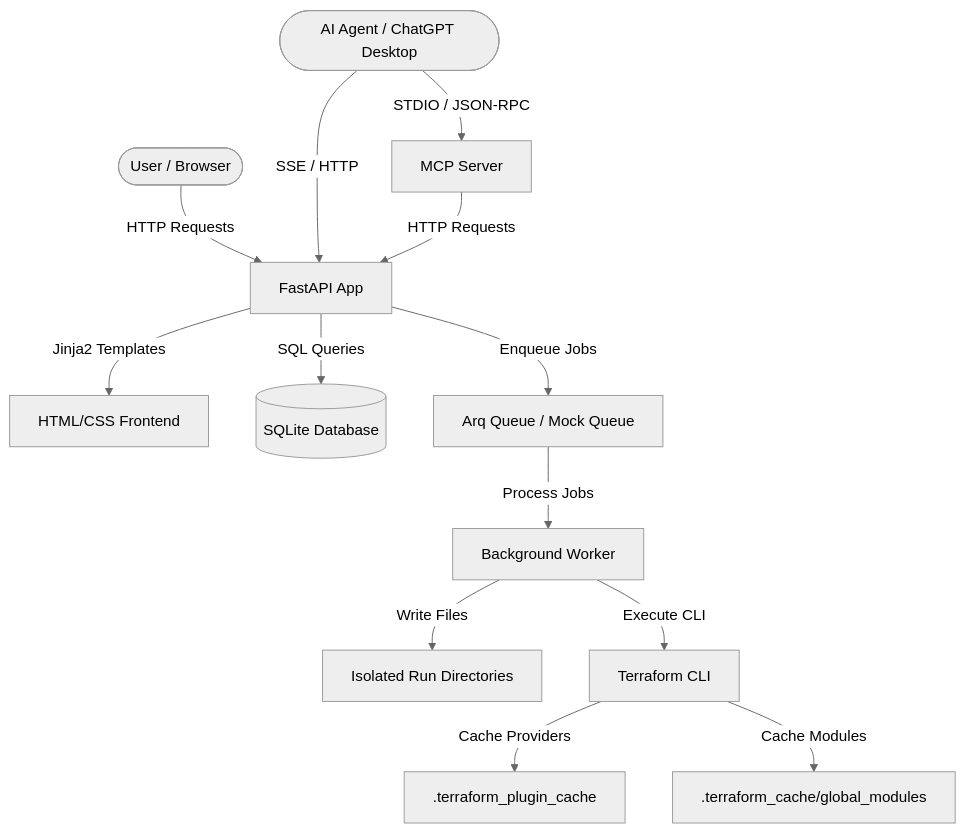
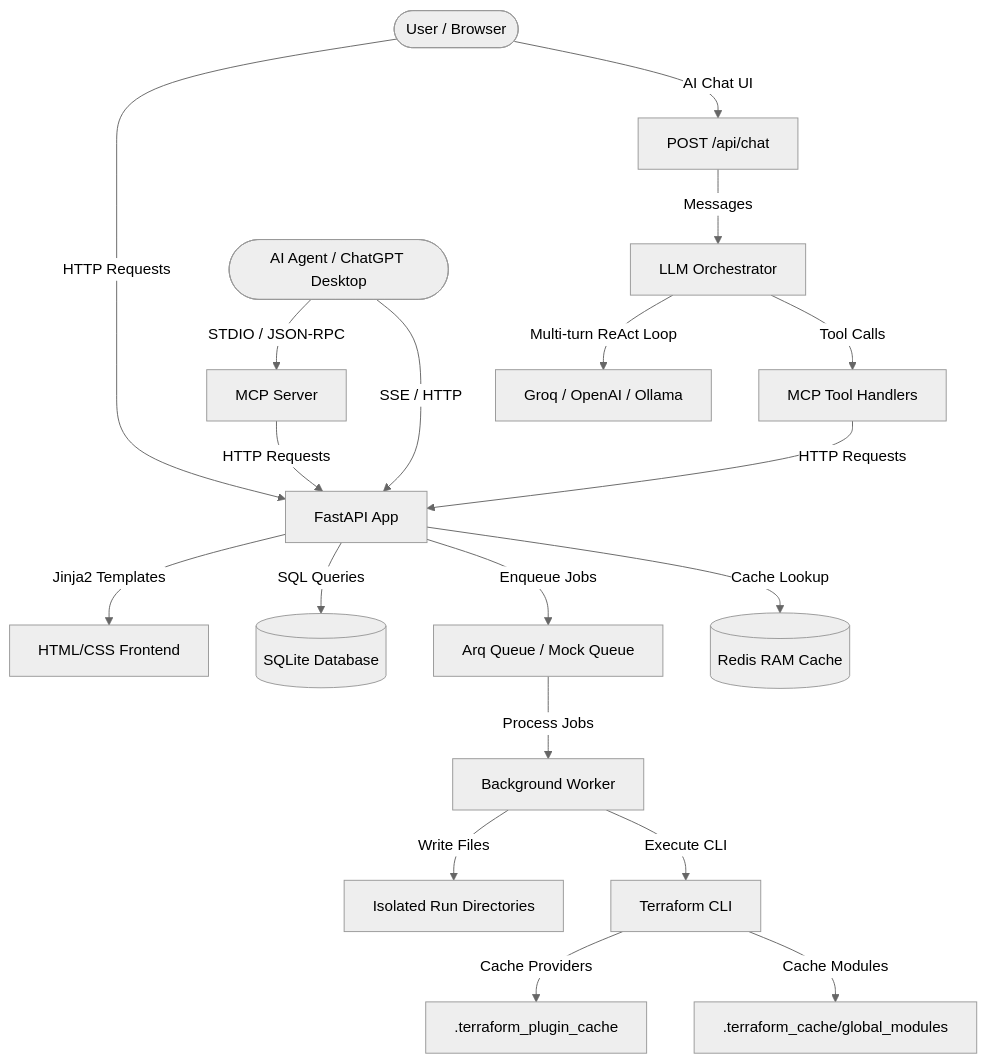
One commit to asadongit/tf-multicloud-app changed the diagram in docs/architecture.md. Above: the diagram before and after it, drawn with Mermaid (neutral theme). The commit also changed other lines of this file and 30 other files, not shown here.

````diff
--- a/docs/architecture.md
+++ b/docs/architecture.md
@@ -19,15 +22,21 @@
 ```mermaid
 graph TD
     User([User / Browser]) -->|HTTP Requests| FastAPI[FastAPI App]
+    User -->|AI Chat UI| ChatEndpoint[POST /api/chat]
+    ChatEndpoint -->|Messages| LLMOrchestrator[LLM Orchestrator]
+    LLMOrchestrator -->|Multi-turn ReAct Loop| LLMProvider[Groq / OpenAI / Ollama]
+    LLMOrchestrator -->|Tool Calls| MCPTools[MCP Tool Handlers]
+    MCPTools -->|HTTP Requests| FastAPI
     AIAgent([AI Agent / ChatGPT Desktop]) -->|STDIO / JSON-RPC| MCPServer[MCP Server]
     AIAgent -->|SSE / HTTP| FastAPI
     MCPServer -->|HTTP Requests| FastAPI
     FastAPI -->|Jinja2 Templates| HTML[HTML/CSS Frontend]
     FastAPI -->|SQL Queries| SQLite[(SQLite Database)]
     FastAPI -->|Enqueue Jobs| Queue[Arq Queue / Mock Queue]
+    FastAPI -->|Cache Lookup| Redis[(Redis RAM Cache)]
     Queue -->|Process Jobs| Worker[Background Worker]
     Worker -->|Write Files| RunDir[Isolated Run Directories]
     Worker -->|Execute CLI| Terraform[Terraform CLI]
     Terraform -->|Cache Providers| ProviderCache[.terraform_plugin_cache]
     Terraform -->|Cache Modules| ModuleCache[.terraform_cache/global_modules]
 ```
````
